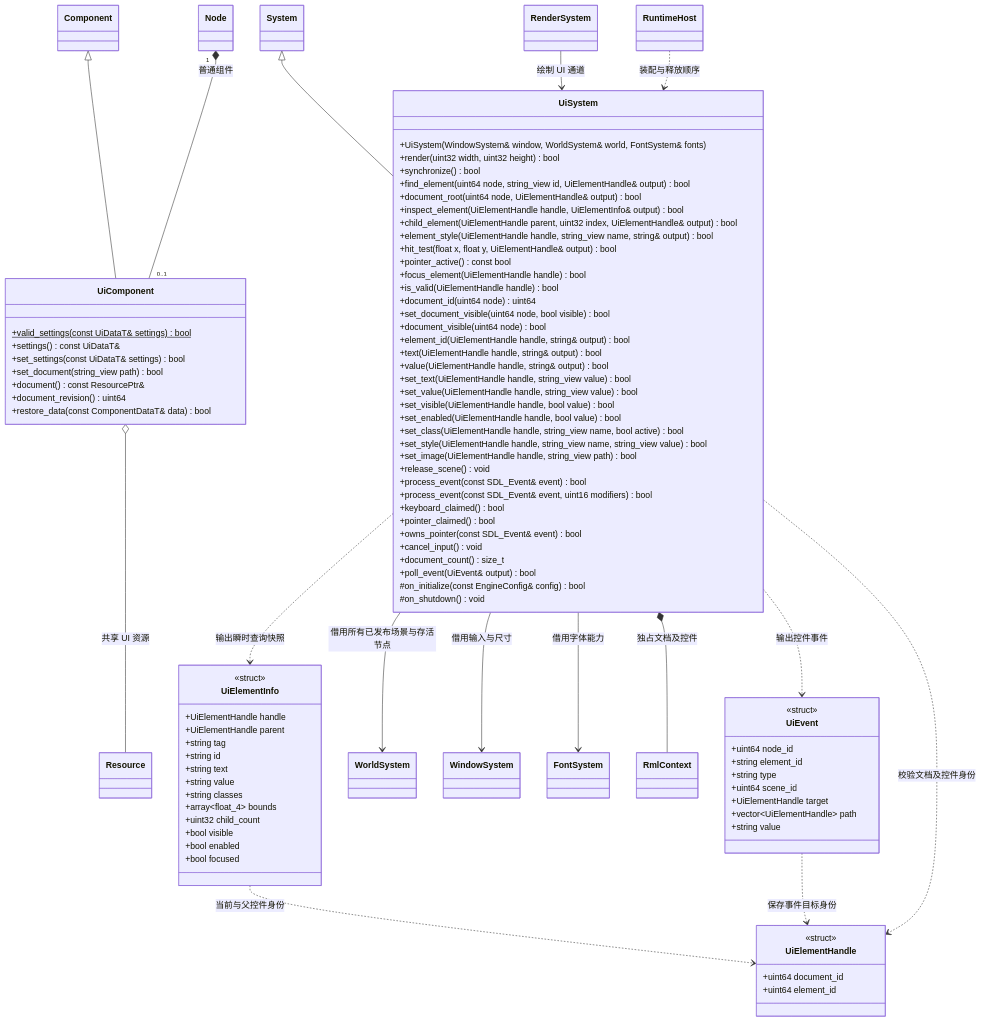
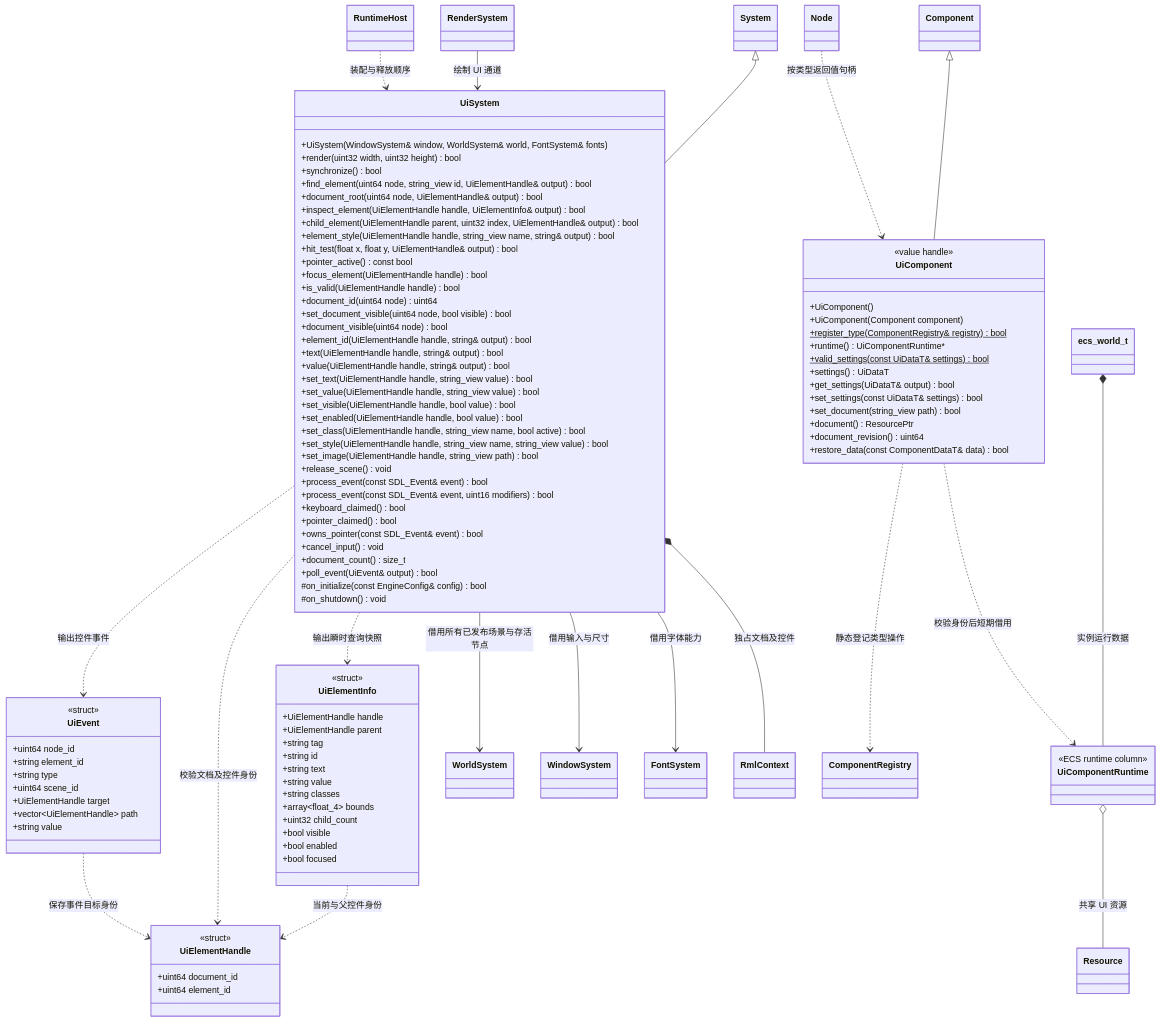
One commit to lcals/Engine changed the diagram in docs/runtime/class-diagrams/ui-system.md. Above: the diagram before and after it, drawn with Mermaid. The commit also changed other lines of this file and 291 other files, not shown here.

Commit message:
Migrate scene data to ECS and add rendering quality controls

````diff
--- a/docs/runtime/class-diagrams/ui-system.md
+++ b/docs/runtime/class-diagrams/ui-system.md
@@ -8,11 +8,17 @@
 ```mermaid
 classDiagram
     class UiComponent {
+        <<value handle>>
+        +UiComponent()
+        +UiComponent(Component component)
+        +register_type(ComponentRegistry& registry) bool$
+        +runtime() UiComponentRuntime#42;
         +valid_settings(const UiDataT& settings)$ bool
-        +settings() const UiDataT&
+        +settings() UiDataT
+        +get_settings(UiDataT& output) bool
         +set_settings(const UiDataT& settings) bool
         +set_document(string_view path) bool
-        +document() const ResourcePtr&
+        +document() ResourcePtr
         +document_revision() uint64
         +restore_data(const ComponentDataT& data) bool
     }
@@ -88,8 +94,8 @@
     UiElementInfo ..> UiElementHandle : 当前与父控件身份
     System <|-- UiSystem
     Component <|-- UiComponent
-    Node "1" *-- "0..1" UiComponent : 普通组件
-    UiComponent o-- Resource : 共享 UI 资源
+    Node ..> UiComponent : 按类型返回值句柄
+    UiComponentRuntime o-- Resource : 共享 UI 资源
     UiSystem --> WorldSystem : 借用所有已发布场景与存活节点
     UiSystem --> WindowSystem : 借用输入与尺寸
     UiSystem --> FontSystem : 借用字体能力
@@ -99,4 +105,13 @@
     UiEvent ..> UiElementHandle : 保存事件目标身份
     RenderSystem --> UiSystem : 绘制 UI 通道
     RuntimeHost ..> UiSystem : 装配与释放顺序
+    class ComponentRegistry
+    class ecs_world_t
+    class UiComponentRuntime {
+        <<ECS runtime column>>
+    }
+    ecs_world_t *-- UiComponentRuntime : 实例运行数据
+    UiComponent ..> UiComponentRuntime : 校验身份后短期借用
+    UiComponent ..> ComponentRegistry : 静态登记类型操作
+
 ```
````
